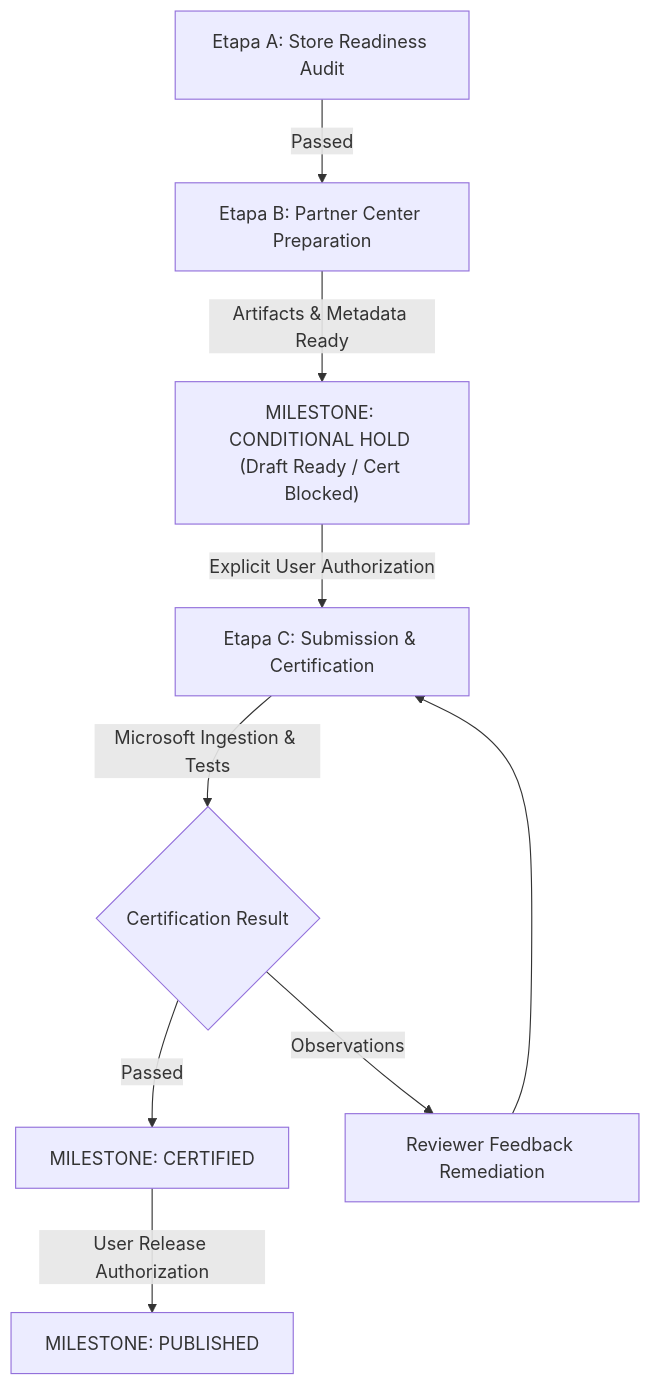
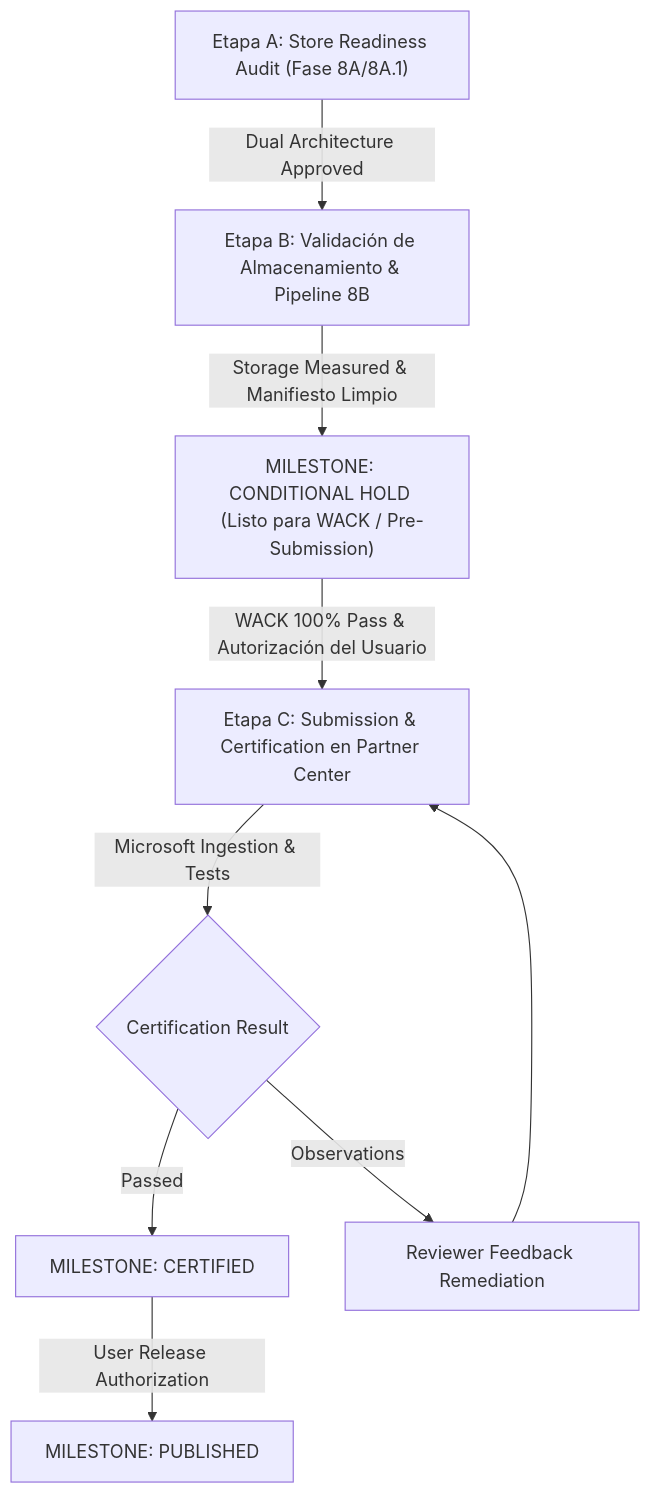
Before and after one commit to cristianbarreiro/PrivGuard: the diagram in docs/store/STORE-PUBLISHING-PLAN.md, drawn with Mermaid. The commit also changed other lines of this file and 7 other files, not shown here.

First line of the commit message:
docs(store): align documentation with dual architecture decisions D-01 through D-03 and maintain conditional hold

````diff
--- a/docs/store/STORE-PUBLISHING-PLAN.md
+++ b/docs/store/STORE-PUBLISHING-PLAN.md
@@ -23,11 +30,11 @@
 ```mermaid
 flowchart TD
-    A["Etapa A: Store Readiness Audit"] -->|Passed| B["Etapa B: Partner Center Preparation"]
-    B -->|Artifacts & Metadata Ready| M["MILESTONE: CONDITIONAL HOLD (Draft Ready / Cert Blocked)"]
-    M -->|Explicit User Authorization| C["Etapa C: Submission & Certification"]
+    A["Etapa A: Store Readiness Audit (Fase 8A/8A.1)"] -->|Dual Architecture Approved| B["Etapa B: Validación de Almacenamiento & Pipeline 8B"]
+    B -->|Storage Measured & Manifiesto Limpio| M["MILESTONE: CONDITIONAL HOLD (Listo para WACK / Pre-Submission)"]
+    M -->|WACK 100% Pass & Autorización del Usuario| C["Etapa C: Submission & Certification en Partner Center"]
     C -->|Microsoft Ingestion & Tests| D{"Certification Result"}
     D -->|Passed| E["MILESTONE: CERTIFIED"]
     D -->|Observations| F["Reviewer Feedback Remediation"]
     F --> C
     E -->|User Release Authorization| G["MILESTONE: PUBLISHED"]
 ```
````
